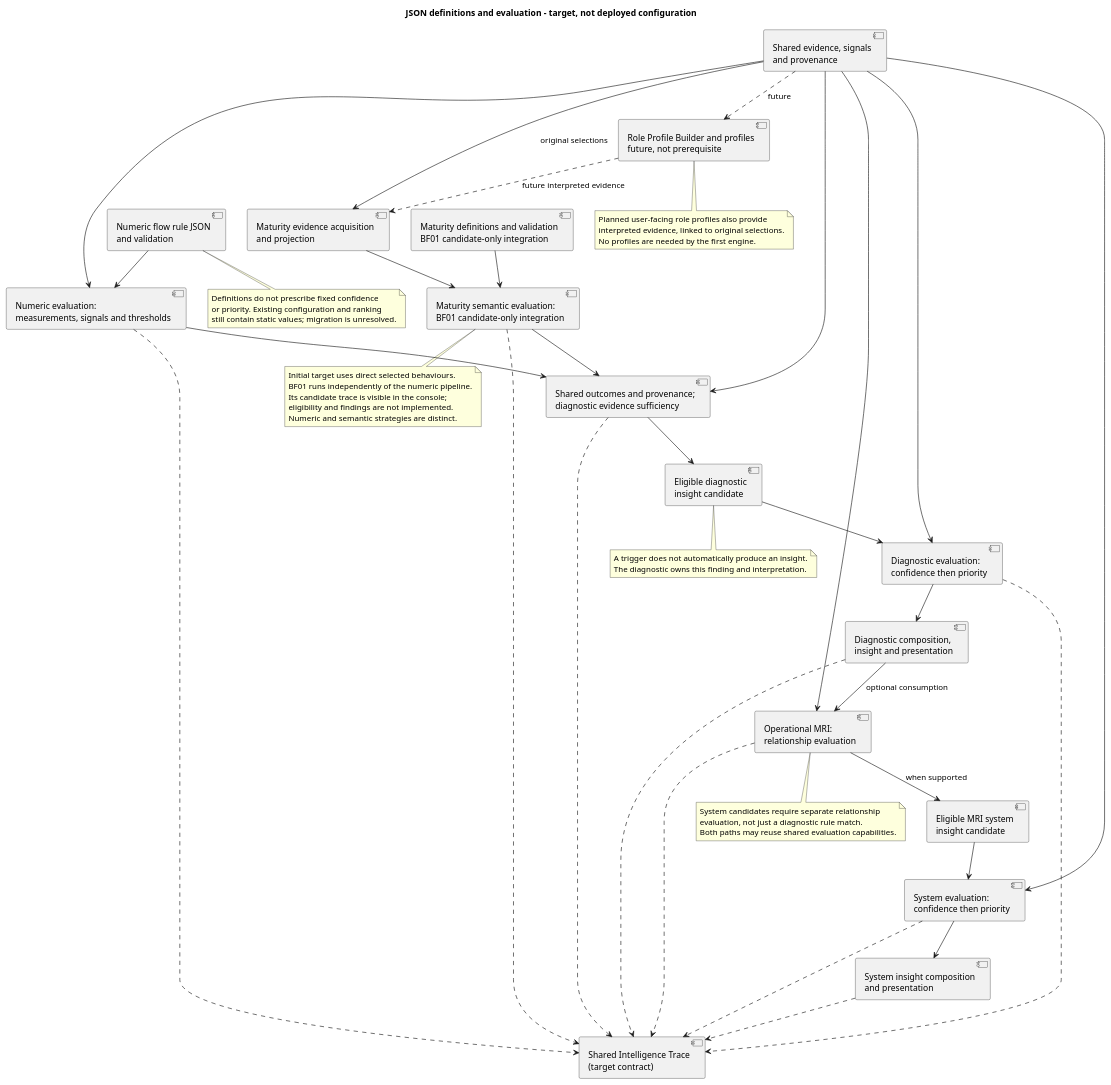
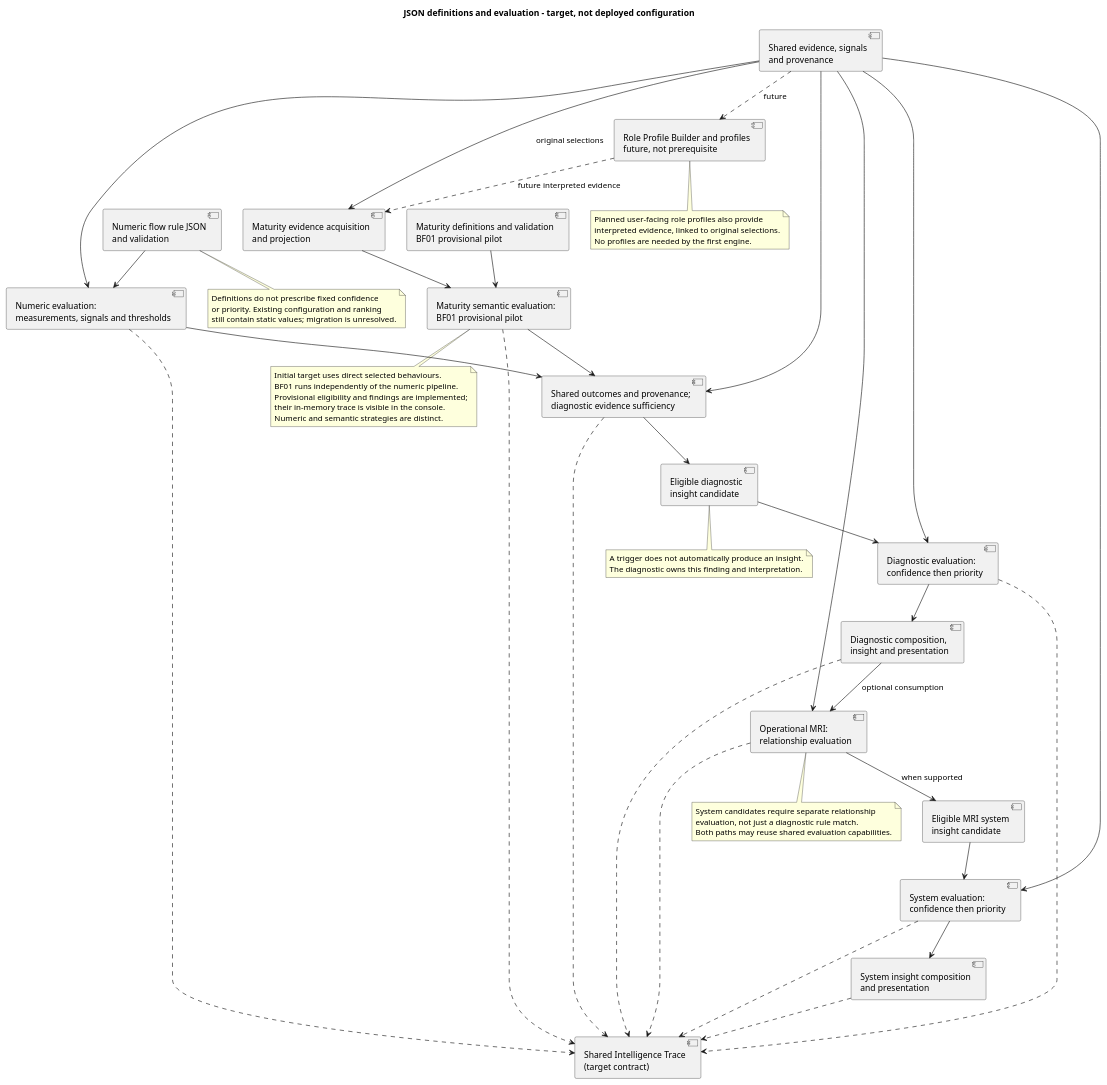
Before and after one commit to Dowlingfuau/Empowered-Delivery: the diagram in OperationalIntelligenceHub/docs/architecture/json_rule_engine_architecture.puml, drawn with PlantUML. The commit also changed 22 other files, not shown here.

Commit message:
Implemented the BF01 provisional finding in the existing Maturity results and Diagnostics Console. The numeric pipeline remains separate.

```diff
--- a/OperationalIntelligenceHub/docs/architecture/json_rule_engine_architecture.puml
+++ b/OperationalIntelligenceHub/docs/architecture/json_rule_engine_architecture.puml
@@ -1,73 +1,73 @@
 @startuml
 title JSON definitions and evaluation - target, not deployed configuration
 component "Numeric flow rule JSON\nand validation" as numericRules
-component "Maturity definitions and validation\nBF01 candidate-only integration" as semanticRules
+component "Maturity definitions and validation\nBF01 provisional pilot" as semanticRules
 component "Shared evidence, signals\nand provenance" as evidence
 component "Numeric evaluation:\nmeasurements, signals and thresholds" as numeric
 component "Maturity evidence acquisition\nand projection" as projection
-component "Maturity semantic evaluation:\nBF01 candidate-only integration" as semantic
+component "Maturity semantic evaluation:\nBF01 provisional pilot" as semantic
 component "Role Profile Builder and profiles\nfuture, not prerequisite" as profiles
 component "Shared outcomes and provenance;\ndiagnostic evidence sufficiency" as outcomes
 component "Eligible diagnostic\ninsight candidate" as diagnosticCandidate
 component "Diagnostic evaluation:\nconfidence then priority" as diagnosticEvaluation
 component "Diagnostic composition,\ninsight and presentation" as diagnosticInsight
 component "Operational MRI:\nrelationship evaluation" as mri
 component "Eligible MRI system\ninsight candidate" as mriCandidate
 component "System evaluation:\nconfidence then priority" as systemEvaluation
 component "System insight composition\nand presentation" as systemInsight
 component "Shared Intelligence Trace\n(target contract)" as trace
 numericRules --> numeric
 semanticRules --> semantic
 evidence --> numeric
 evidence --> projection : original selections
 evidence ..> profiles : future
 profiles ..> projection : future interpreted evidence
 projection --> semantic
 numeric --> outcomes
 semantic --> outcomes
 evidence --> outcomes
 outcomes --> diagnosticCandidate
 diagnosticCandidate --> diagnosticEvaluation
 evidence --> diagnosticEvaluation
 diagnosticEvaluation --> diagnosticInsight
 diagnosticInsight --> mri : optional consumption
 evidence --> mri
 mri --> mriCandidate : when supported
 mriCandidate --> systemEvaluation
 evidence --> systemEvaluation
 systemEvaluation --> systemInsight
 numeric ..> trace
 semantic ..> trace
 outcomes ..> trace
 diagnosticEvaluation ..> trace
 diagnosticInsight ..> trace
 mri ..> trace
 systemEvaluation ..> trace
 systemInsight ..> trace
 note bottom of numericRules
   Definitions do not prescribe fixed confidence
   or priority. Existing configuration and ranking
   still contain static values; migration is unresolved.
 end note
 note bottom of semantic
   Initial target uses direct selected behaviours.
   BF01 runs independently of the numeric pipeline.
-  Its candidate trace is visible in the console;
-  eligibility and findings are not implemented.
+  Provisional eligibility and findings are implemented;
+  their in-memory trace is visible in the console.
   Numeric and semantic strategies are distinct.
 end note
 note bottom of profiles
   Planned user-facing role profiles also provide
   interpreted evidence, linked to original selections.
   No profiles are needed by the first engine.
 end note
 note bottom of diagnosticCandidate
   A trigger does not automatically produce an insight.
   The diagnostic owns this finding and interpretation.
 end note
 note bottom of mri
   System candidates require separate relationship
   evaluation, not just a diagnostic rule match.
   Both paths may reuse shared evaluation capabilities.
 end note
 @enduml
```
